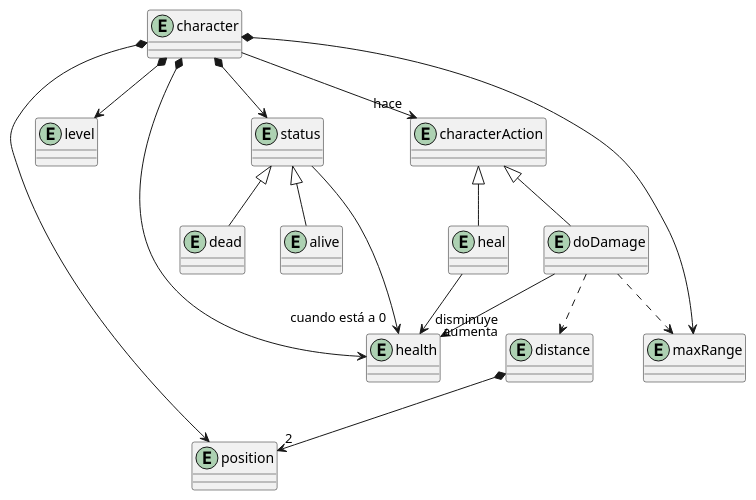
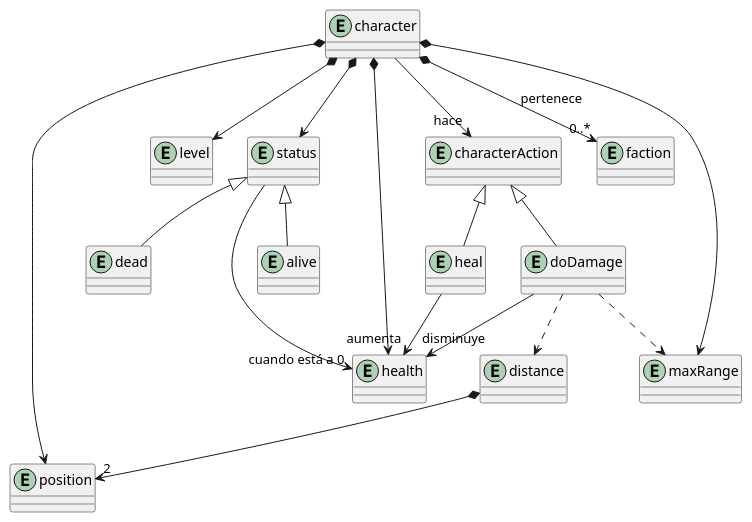
One commit to Gamedev-Crafters/rpg-kata changed the diagram in csharp/kata/design.puml. Above: the diagram before and after it, drawn with PlantUML. The commit also changed 2 other files, not shown here.

```diff
--- a/csharp/kata/design.puml
+++ b/csharp/kata/design.puml
@@ -1,39 +1,41 @@
 @startuml
 
 entity character
 entity health
 entity level
 entity alive
 entity dead
 entity status
 entity position
 entity maxRange
 entity distance
+entity faction
 
 entity characterAction
 entity doDamage
 entity heal
 
 character *--> health
 character *--> level
 character *--> status
 character *--> position
 character *--> maxRange
+character *--> "0..*" faction : "pertenece"
 
 status <|-- alive
 status <|-- dead
 
 character --> "hace" characterAction
 
 characterAction <|-- doDamage
 characterAction <|-- heal
 
 status --> "cuando está a 0" health
 
 doDamage --> "disminuye" health
 heal --> "aumenta" health
 doDamage ..> maxRange
 doDamage ..> distance
 distance *--> "2" position
 
 @enduml
```
